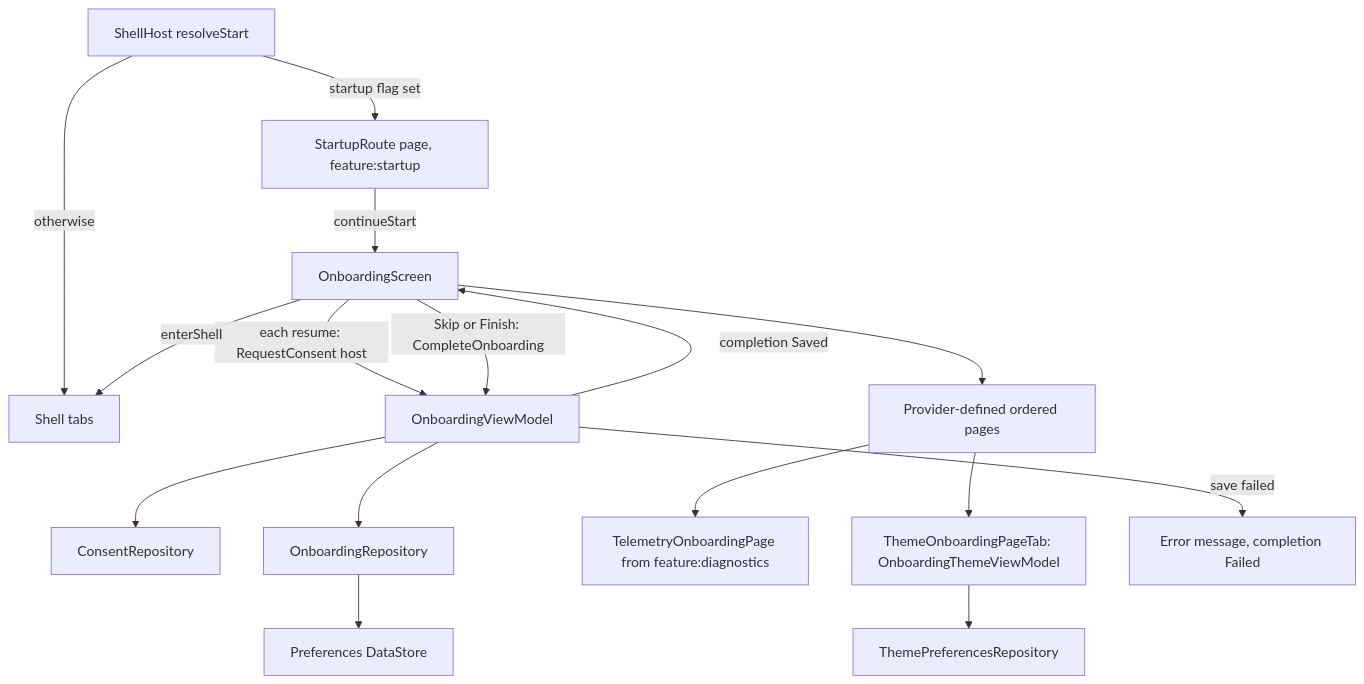
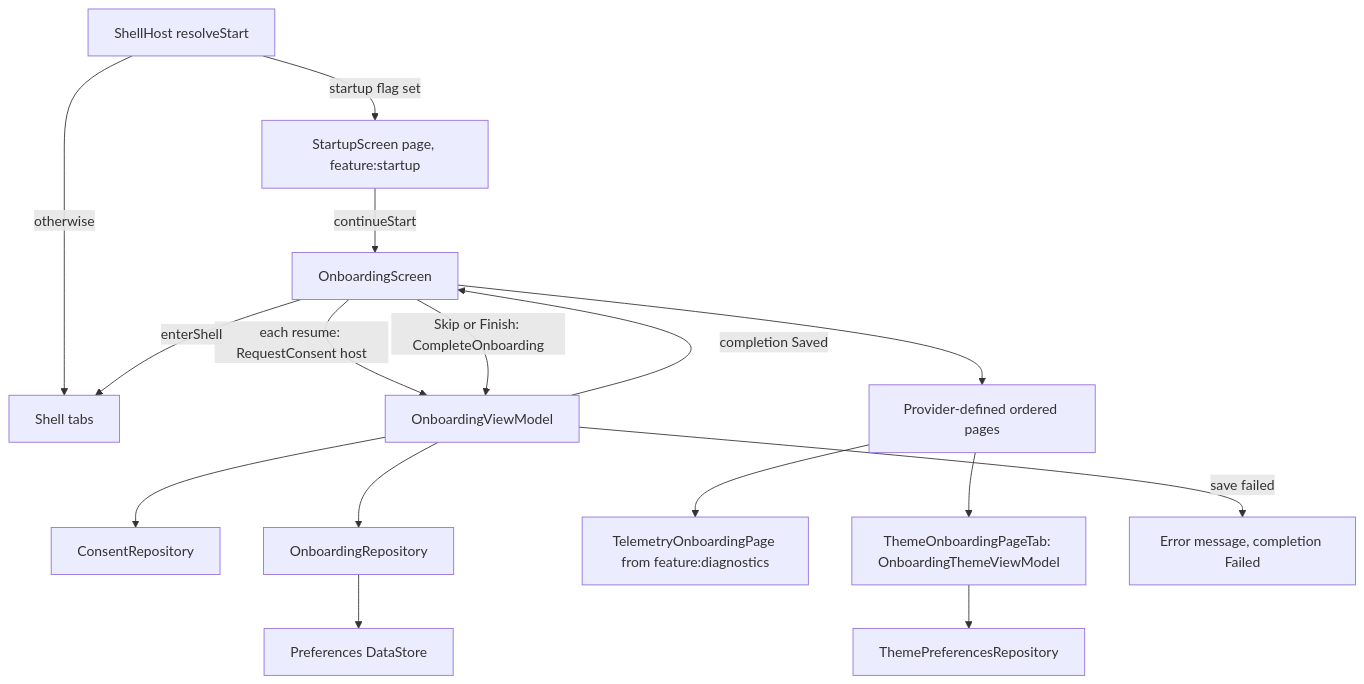
The diagram in library/feature/onboarding/README.md (MihaiCristianCondrea/App-Toolkit-for-Android), drawn with Mermaid before and after one commit. The commit also changed other lines of this file and 125 other files, not shown here.

````diff
--- a/library/feature/onboarding/README.md
+++ b/library/feature/onboarding/README.md
@@ -80,18 +80,18 @@
 ```mermaid
 flowchart TD
-    Host[ShellHost resolveStart] -->|startup flag set| Startup[StartupRoute page, feature:startup]
+    Host[ShellHost resolveStart] -->|startup flag set| Startup[StartupScreen page, feature:startup]
     Host -->|otherwise| Tabs[Shell tabs]
     Startup -->|continueStart| Screen[OnboardingScreen]
     Screen -->|each resume: RequestConsent host| VM[OnboardingViewModel]
     VM --> Consent[ConsentRepository]
     Screen --> Pages[Provider-defined ordered pages]
     Pages --> Theme[ThemeOnboardingPageTab: OnboardingThemeViewModel]
     Theme --> ThemeRepo[ThemePreferencesRepository]
     Pages --> Diagnostics[TelemetryOnboardingPage from feature:diagnostics]
     Screen -->|Skip or Finish: CompleteOnboarding| VM
     VM --> Completion[OnboardingRepository]
     Completion --> Store[Preferences DataStore]
     VM -->|completion Saved| Screen
     VM -->|save failed| Message[Error message, completion Failed]
     Screen -->|enterShell| Tabs
 ```
````
